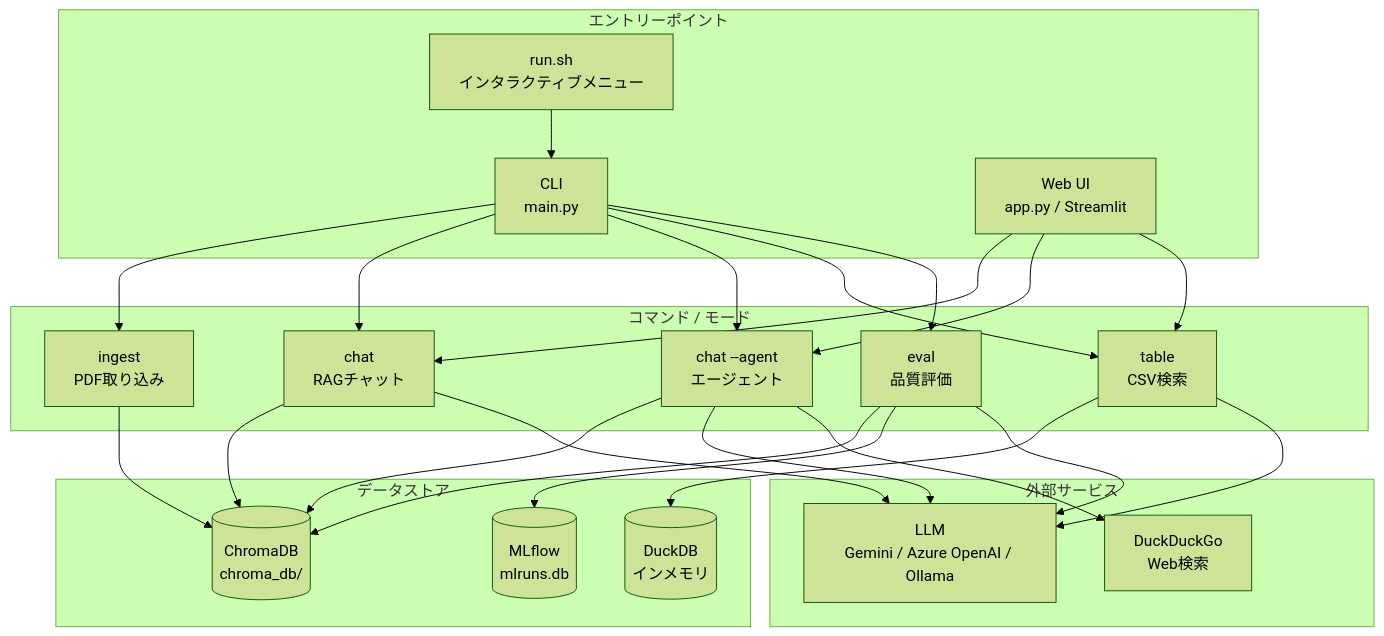
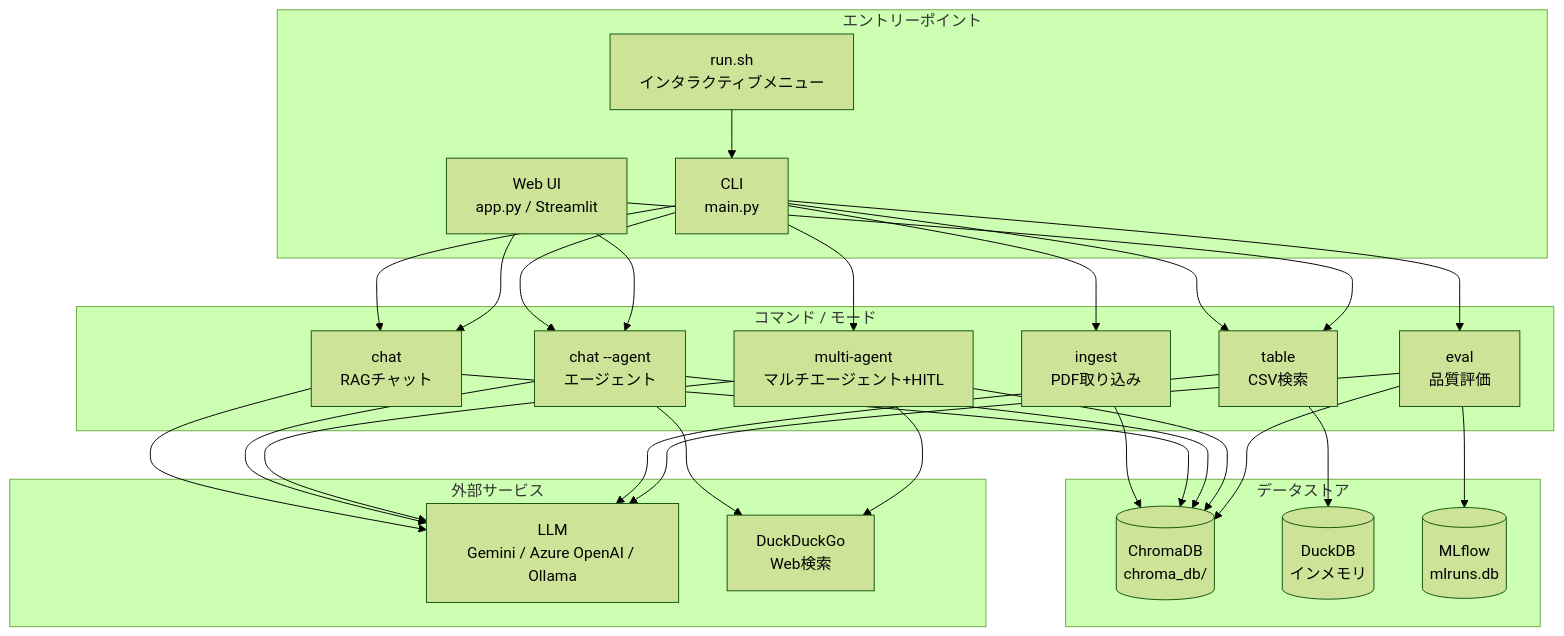
One commit to ryokn/study_rag changed the first of 7 diagrams in docs/flow.md. Above: the diagram before and after it, drawn with Mermaid (forest theme). The commit also changed other lines of this file and 4 other files, not shown here.

````diff
--- a/docs/flow.md
+++ b/docs/flow.md
@@ -5,50 +7,55 @@
 ```mermaid
 graph TB
     subgraph Entry["エントリーポイント"]
         CLI["CLI<br/>main.py"]
         WEB["Web UI<br/>app.py / Streamlit"]
         RUNSH["run.sh<br/>インタラクティブメニュー"]
     end
 
     subgraph Commands["コマンド / モード"]
         INGEST["ingest<br/>PDF取り込み"]
         CHAT["chat<br/>RAGチャット"]
         AGENT["chat --agent<br/>エージェント"]
+        MULTI["multi-agent<br/>マルチエージェント+HITL"]
         TABLE["table<br/>CSV検索"]
         EVAL["eval<br/>品質評価"]
     end
 
     subgraph Stores["データストア"]
         CHROMA[("ChromaDB<br/>chroma_db/")]
         DUCKDB[("DuckDB<br/>インメモリ")]
         MLFLOW[("MLflow<br/>mlruns.db")]
     end
 
     subgraph External["外部サービス"]
         LLM["LLM<br/>Gemini / Azure OpenAI / Ollama"]
         DDG["DuckDuckGo<br/>Web検索"]
     end
 
     RUNSH --> CLI
     CLI --> INGEST
     CLI --> CHAT
     CLI --> AGENT
+    CLI --> MULTI
     CLI --> TABLE
     CLI --> EVAL
     WEB --> CHAT
     WEB --> AGENT
     WEB --> TABLE
 
     INGEST --> CHROMA
     CHAT --> CHROMA
     AGENT --> CHROMA
+    MULTI --> CHROMA
     TABLE --> DUCKDB
     EVAL --> CHROMA
     EVAL --> MLFLOW
 
     CHAT --> LLM
     AGENT --> LLM
     AGENT --> DDG
+    MULTI --> LLM
+    MULTI --> DDG
     TABLE --> LLM
     EVAL --> LLM
 ```
````
